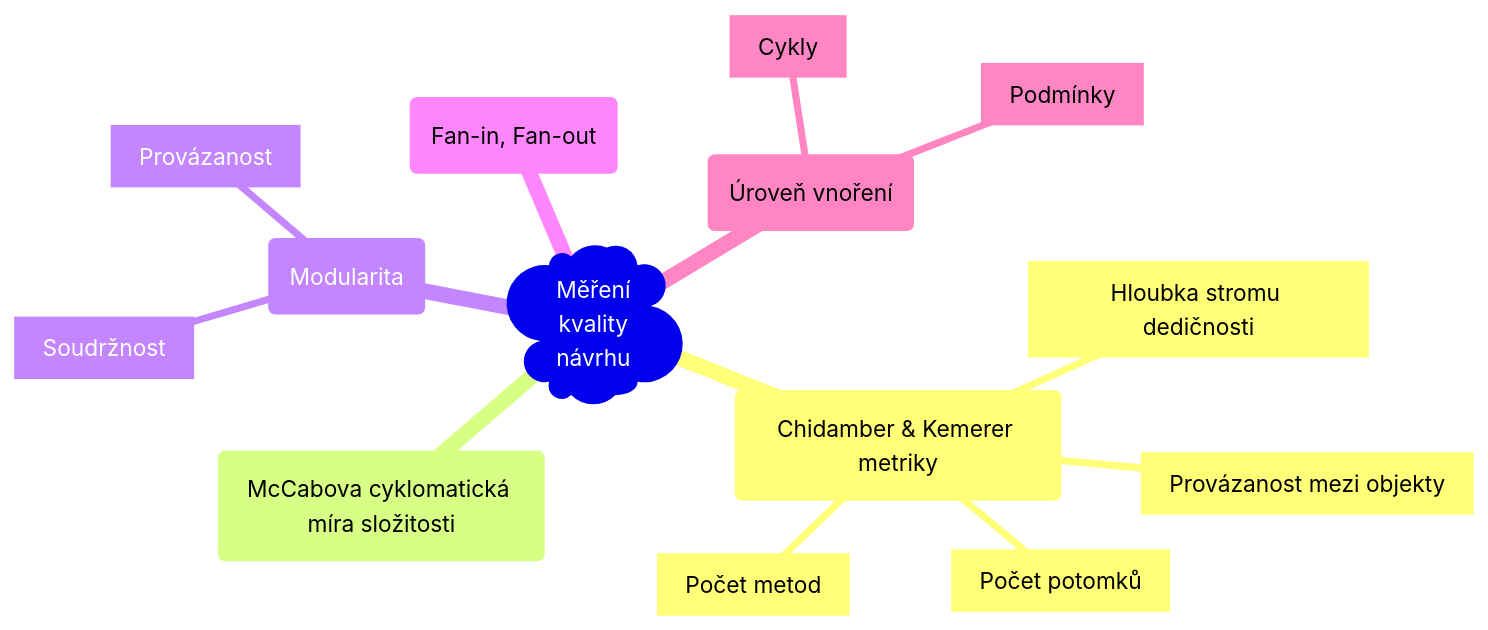
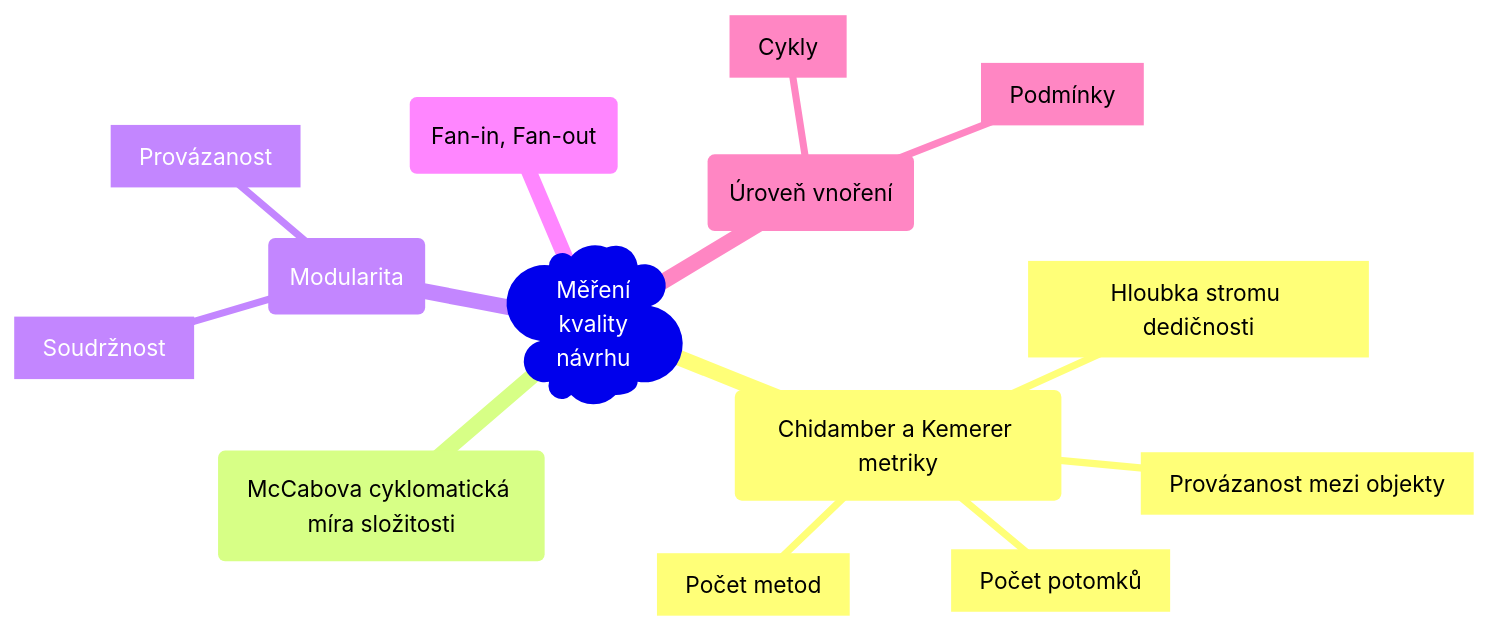
The eighth of 20 diagrams in src/it/software_engineering.md (matejfric/mdbook), drawn with Mermaid before and after one commit. The commit also changed other lines of this file and 2 other files, not shown here.

````diff
--- a/src/it/software_engineering.md
+++ b/src/it/software_engineering.md
@@ -327,19 +327,19 @@
 ```mermaid
 mindmap
   root )"""Měření
   kvality
   návrhu""")
-    ("`Chidamber & Kemerer metriky`")
+    ("`Chidamber a Kemerer metriky`")
         [Hloubka stromu dedičnosti]
         [Počet metod]
         [Počet potomků]
         [Provázanost mezi objekty]
     (McCabova cyklomatická míra složitosti)
     (Modularita)
         [Soudržnost]
         [Provázanost]
     (Fan-in, Fan-out)
     (Úroveň vnoření)
         [Cykly]
         [Podmínky]
 ```
````
